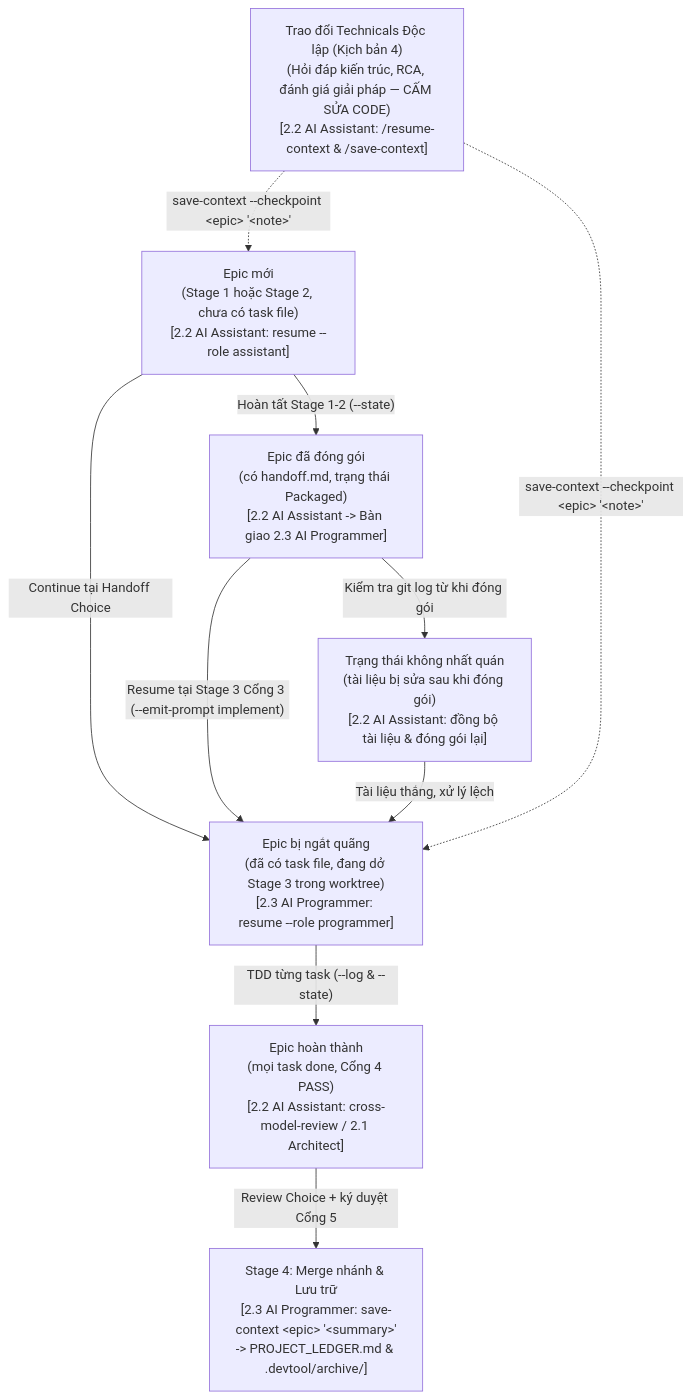
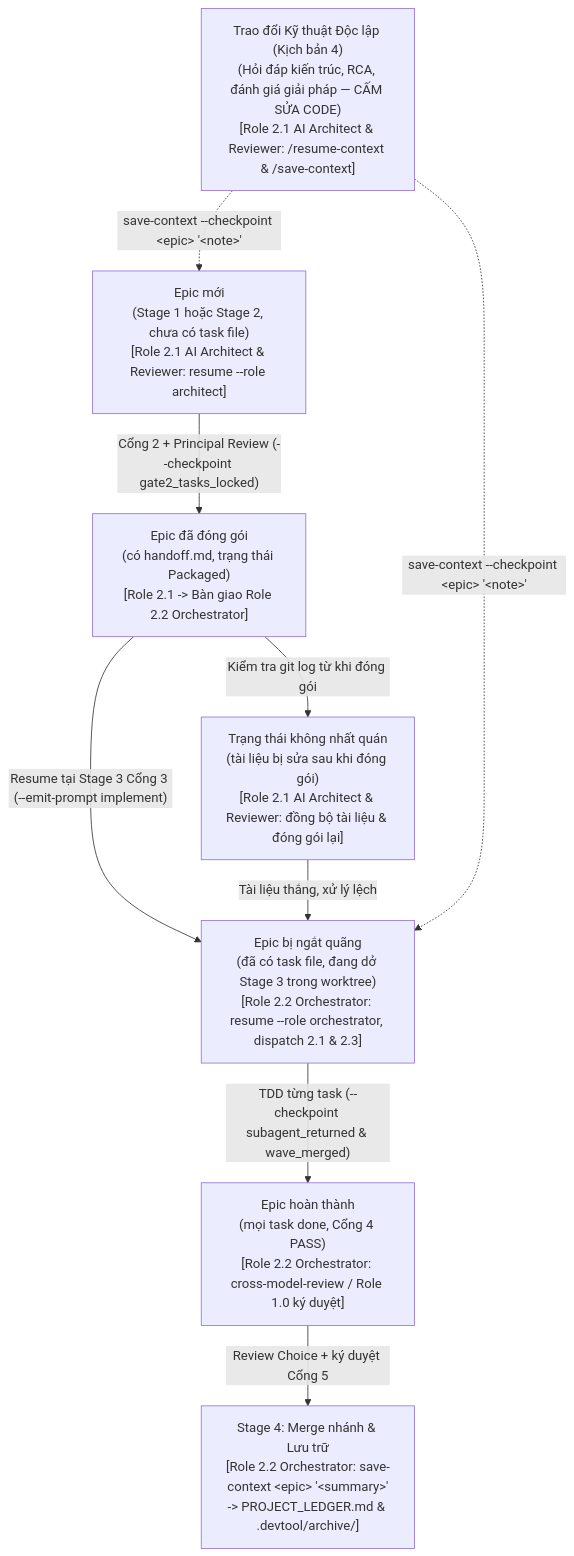
Before and after one commit to DanhDue/ai-agent-tools: the second of 2 diagrams in docs/context-memory-quick-guide.vi.md, drawn with Mermaid. The commit also changed other lines of this file and 9 other files, not shown here.

````diff
--- a/docs/context-memory-quick-guide.vi.md
+++ b/docs/context-memory-quick-guide.vi.md
@@ -112,20 +116,19 @@
 ```mermaid
 flowchart TD
-    FRESH["Epic mới<br/>(Stage 1 hoặc Stage 2, chưa có task file)<br/>[2.2 AI Assistant: resume --role assistant]"]
-    PKG["Epic đã đóng gói<br/>(có handoff.md, trạng thái Packaged)<br/>[2.2 AI Assistant -> Bàn giao 2.3 AI Programmer]"]
-    INTR["Epic bị ngắt quãng<br/>(đã có task file, đang dở Stage 3 trong worktree)<br/>[2.3 AI Programmer: resume --role programmer]"]
-    DONE_EPIC["Epic hoàn thành<br/>(mọi task done, Cổng 4 PASS)<br/>[2.2 AI Assistant: cross-model-review / 2.1 Architect]"]
-    INCON["Trạng thái không nhất quán<br/>(tài liệu bị sửa sau khi đóng gói)<br/>[2.2 AI Assistant: đồng bộ tài liệu &amp; đóng gói lại]"]
-    ADHOC["Trao đổi Technicals Độc lập (Kịch bản 4)<br/>(Hỏi đáp kiến trúc, RCA, đánh giá giải pháp — CẤM SỬA CODE)<br/>[2.2 AI Assistant: /resume-context &amp; /save-context]"]
-    MERGED["Stage 4: Merge nhánh &amp; Lưu trữ<br/>[2.3 AI Programmer: save-context &lt;epic&gt; '&lt;summary&gt;'<br/>-> PROJECT_LEDGER.md &amp; .devtool/archive/]"]
+    FRESH["Epic mới<br/>(Stage 1 hoặc Stage 2, chưa có task file)<br/>[Role 2.1 AI Architect &amp; Reviewer: resume --role architect]"]
+    PKG["Epic đã đóng gói<br/>(có handoff.md, trạng thái Packaged)<br/>[Role 2.1 -> Bàn giao Role 2.2 Orchestrator]"]
+    INTR["Epic bị ngắt quãng<br/>(đã có task file, đang dở Stage 3 trong worktree)<br/>[Role 2.2 Orchestrator: resume --role orchestrator, dispatch 2.1 &amp; 2.3]"]
+    DONE_EPIC["Epic hoàn thành<br/>(mọi task done, Cổng 4 PASS)<br/>[Role 2.2 Orchestrator: cross-model-review / Role 1.0 ký duyệt]"]
+    INCON["Trạng thái không nhất quán<br/>(tài liệu bị sửa sau khi đóng gói)<br/>[Role 2.1 AI Architect &amp; Reviewer: đồng bộ tài liệu &amp; đóng gói lại]"]
+    ADHOC["Trao đổi Kỹ thuật Độc lập (Kịch bản 4)<br/>(Hỏi đáp kiến trúc, RCA, đánh giá giải pháp — CẤM SỬA CODE)<br/>[Role 2.1 AI Architect &amp; Reviewer: /resume-context &amp; /save-context]"]
+    MERGED["Stage 4: Merge nhánh &amp; Lưu trữ<br/>[Role 2.2 Orchestrator: save-context &lt;epic&gt; '&lt;summary&gt;'<br/>-> PROJECT_LEDGER.md &amp; .devtool/archive/]"]
 
-    FRESH -->|"Hoàn tất Stage 1-2 (--state)"| PKG
-    FRESH -->|"Continue tại Handoff Choice"| INTR
+    FRESH -->|"Cổng 2 + Principal Review (--checkpoint gate2_tasks_locked)"| PKG
     PKG -->|"Kiểm tra git log từ khi đóng gói"| INCON
     PKG -->|"Resume tại Stage 3 Cổng 3 (--emit-prompt implement)"| INTR
     INCON -->|"Tài liệu thắng, xử lý lệch"| INTR
-    INTR -->|"TDD từng task (--log &amp; --state)"| DONE_EPIC
+    INTR -->|"TDD từng task (--checkpoint subagent_returned &amp; wave_merged)"| DONE_EPIC
     DONE_EPIC -->|"Review Choice + ký duyệt Cổng 5"| MERGED
     ADHOC -.->|"save-context --checkpoint &lt;epic&gt; '&lt;note&gt;'"| FRESH
     ADHOC -.->|"save-context --checkpoint &lt;epic&gt; '&lt;note&gt;'"| INTR
 ```
````
